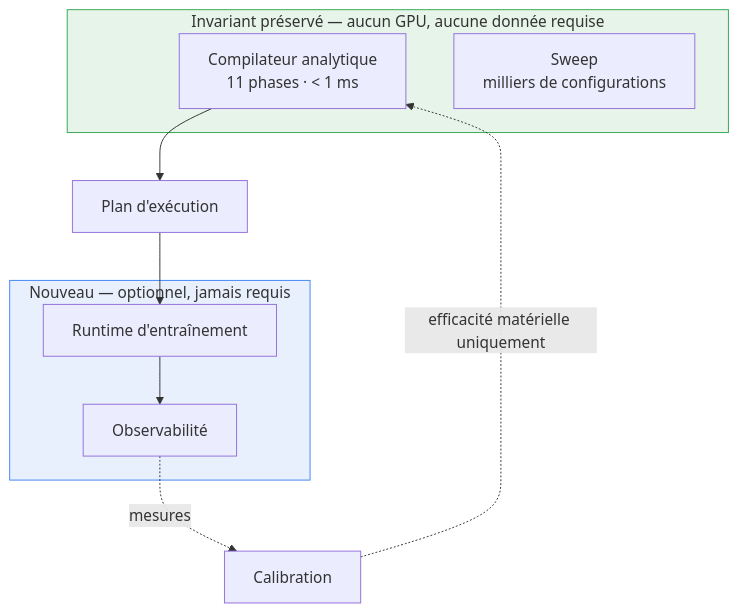
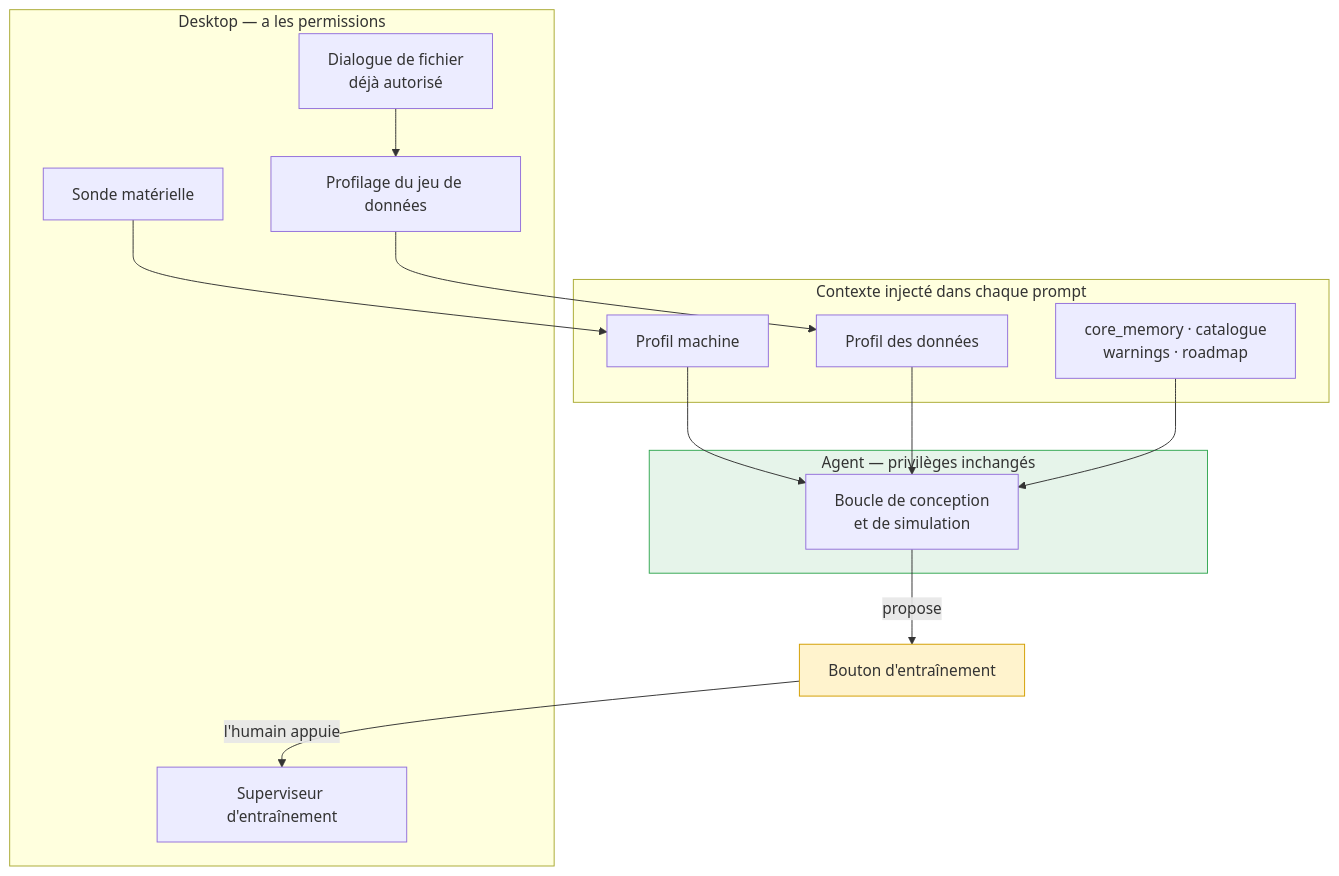
Before and after one commit to rustnew/NEURAX: the second of 4 diagrams in idee.md, drawn with Mermaid. The commit also changed other lines of this file, not shown here.

````diff
--- a/idee.md
+++ b/idee.md
@@ -113,19 +117,30 @@
 ```mermaid
 flowchart TB
-    subgraph inv["Invariant préservé — aucun GPU, aucune donnée requise"]
-        c["Compilateur analytique<br/>11 phases · &lt; 1 ms"]
-        s["Sweep<br/>milliers de configurations"]
+    subgraph desk["Desktop — a les permissions"]
+        dlg["Dialogue de fichier<br/>déjà autorisé"]
+        det["Sonde matérielle"]
+        prof["Profilage du jeu de données"]
+        sup["Superviseur d'entraînement"]
     end
-    subgraph new["Nouveau — optionnel, jamais requis"]
-        r["Runtime d'entraînement"]
-        o["Observabilité"]
+
+    subgraph ctx["Contexte injecté dans chaque prompt"]
+        hw["Profil machine"]
+        ds["Profil des données"]
+        cm["core_memory · catalogue<br/>warnings · roadmap"]
     end
-    c --> plan["Plan d'exécution"]
-    plan --> r
-    r --> o
-    o -.->|mesures| cal["Calibration"]
-    cal -.->|efficacité matérielle uniquement| c
 
-    style inv fill:#e6f4ea,stroke:#34a853
-    style new fill:#e8f0fe,stroke:#4285f4
+    subgraph ag["Agent — privilèges inchangés"]
+        loop["Boucle de conception<br/>et de simulation"]
+    end
+
+    det --> hw
+    dlg --> prof --> ds
+    hw --> loop
+    ds --> loop
+    cm --> loop
+    loop -->|propose| btn["Bouton d'entraînement"]
+    btn -->|l'humain appuie| sup
+
+    style ag fill:#e6f4ea,stroke:#34a853
+    style btn fill:#fff3cd,stroke:#d39e00
 ```
````
